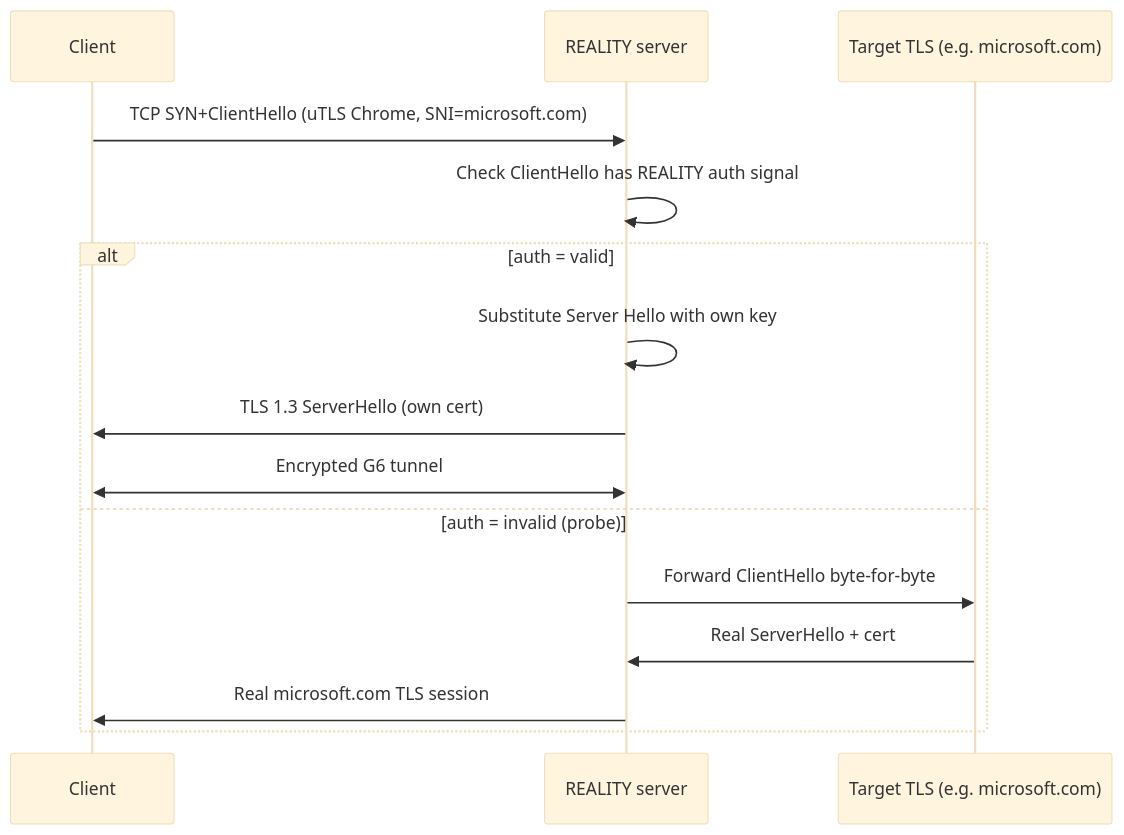
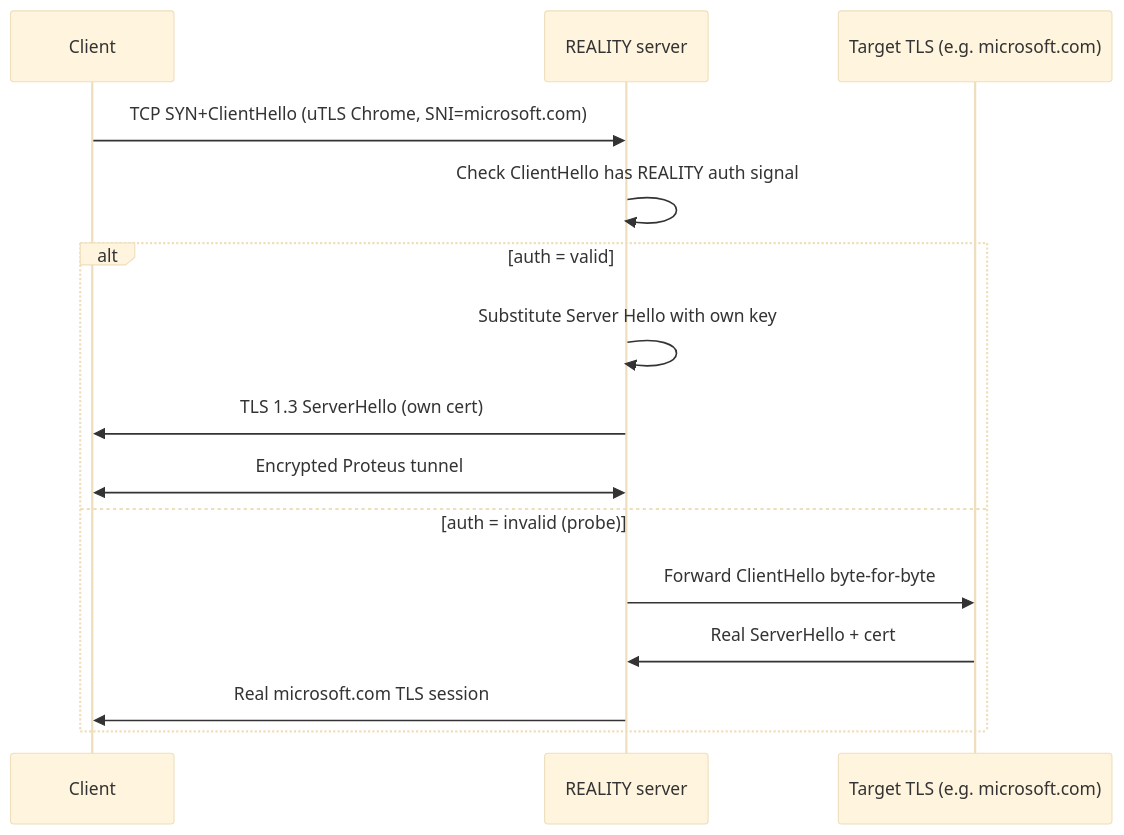
Before and after one commit to Icarus603/network-from-scratch: the second of 3 diagrams in lessons/part-10-traffic-analysis/10.8-connection-vs-app-disguise.md, drawn with Mermaid (base theme). The commit also changed other lines of this file and 300 other files, not shown here.

````diff
--- a/lessons/part-10-traffic-analysis/10.8-connection-vs-app-disguise.md
+++ b/lessons/part-10-traffic-analysis/10.8-connection-vs-app-disguise.md
@@ -122,18 +122,18 @@
 ```mermaid
 sequenceDiagram
     participant C as Client
     participant R as REALITY server
     participant T as Target TLS (e.g. microsoft.com)
     
     C->>R: TCP SYN+ClientHello (uTLS Chrome, SNI=microsoft.com)
     R->>R: Check ClientHello has REALITY auth signal
     alt auth = valid
         R->>R: Substitute Server Hello with own key
         R->>C: TLS 1.3 ServerHello (own cert)
-        C<<->>R: Encrypted G6 tunnel
+        C<<->>R: Encrypted Proteus tunnel
     else auth = invalid (probe)
         R->>T: Forward ClientHello byte-for-byte
         T->>R: Real ServerHello + cert
         R->>C: Real microsoft.com TLS session
     end
 ```
````
